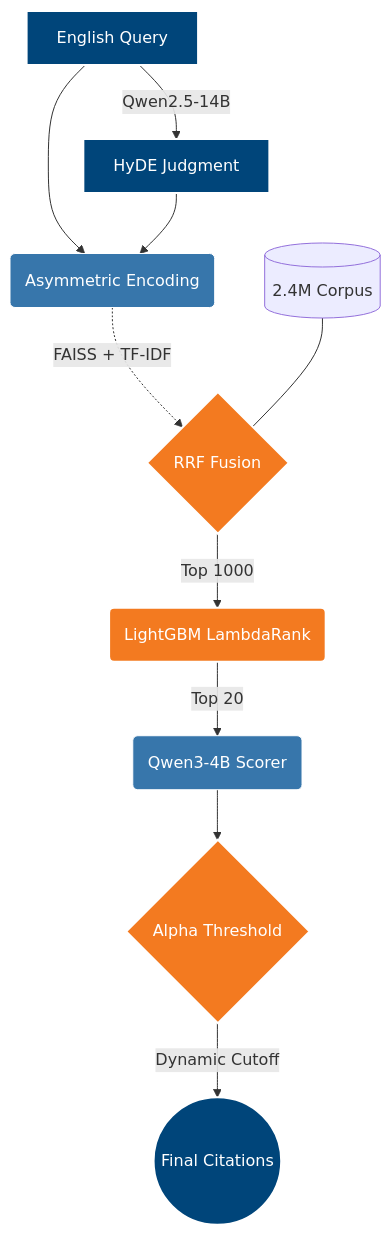
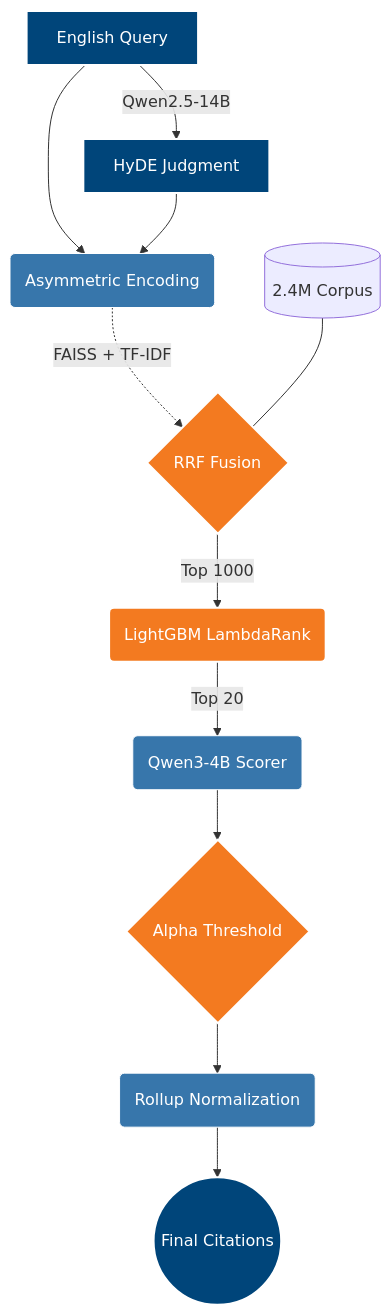
The diagram in README.md (darkwanderor/Swiss-Legal-Expert), drawn with Mermaid before and after one commit.

Commit message:
Update Mermaid graph to include Rollup Normalization

````diff
--- a/README.md
+++ b/README.md
@@ -41,23 +41,24 @@
 ```mermaid
 graph TD
     classDef mainNode fill:#00457A,color:#fff,stroke:#fff,stroke-width:2px;
     classDef subNode fill:#3776AB,color:#fff,stroke:#fff;
     classDef finalNode fill:#F37A20,color:#fff,stroke:#fff,stroke-width:2px;
     
     Q[English Query] --> |Qwen2.5-14B| H[HyDE Judgment]
     Q --> V(Asymmetric Encoding)
     H --> V
     
     V -.-> |FAISS + TF-IDF| RRF{RRF Fusion}
     DB[(2.4M Corpus)] --- RRF
     
     RRF --> |Top 1000| LGBM(LightGBM LambdaRank)
     LGBM --> |Top 20| Pointwise(Qwen3-4B Scorer)
     
     Pointwise --> Adaptive{Alpha Threshold}
-    Adaptive --> |Dynamic Cutoff| Final((Final Citations))
+    Adaptive --> Rollup(Rollup Normalization)
+    Rollup --> Final((Final Citations))
     
     class Q,H,Final mainNode;
-    class V,Pointwise subNode;
+    class V,Pointwise,Rollup subNode;
     class LGBM,Adaptive,RRF finalNode;
 ```
````
